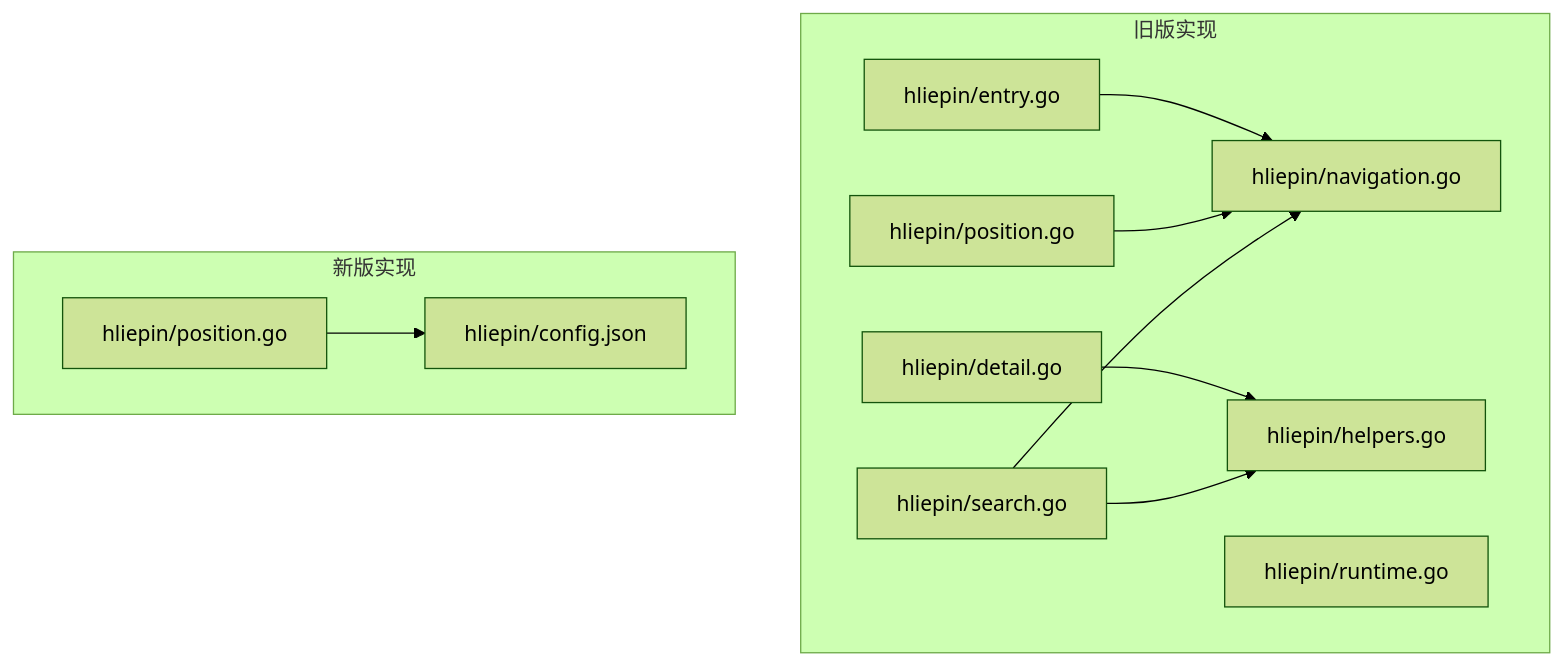
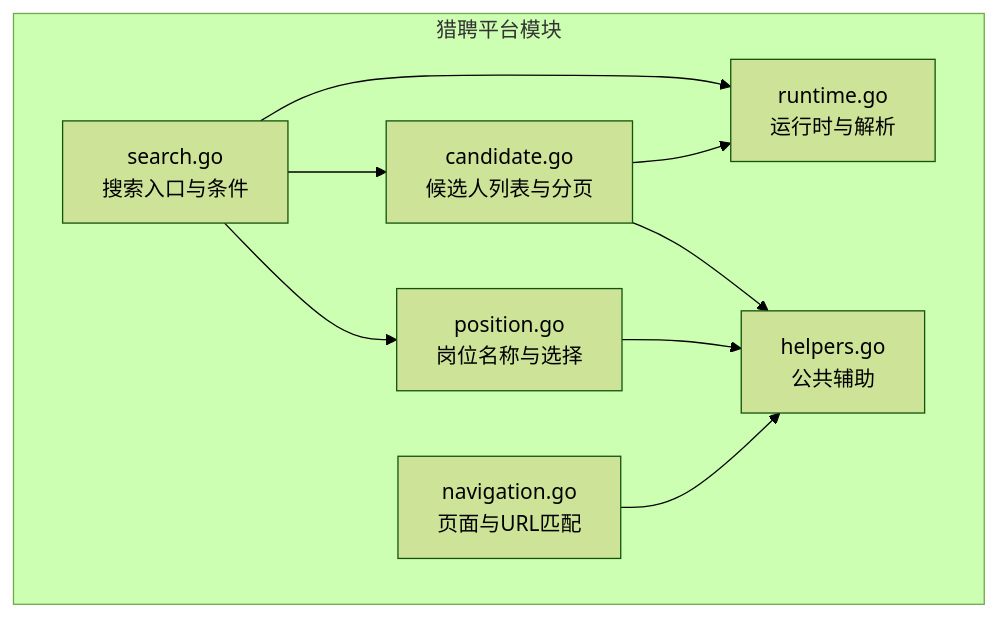
Before and after one commit to alvinwangzi/goodhr: the first of 6 diagrams in .qoder/repowiki/zh/content/本地执行器/平台适配器/猎聘适配器/搜索功能.md, drawn with Mermaid (forest theme). The commit also changed other lines of this file and 149 other files, not shown here.

````diff
--- a/.qoder/repowiki/zh/content/本地执行器/平台适配器/猎聘适配器/搜索功能.md
+++ b/.qoder/repowiki/zh/content/本地执行器/平台适配器/猎聘适配器/搜索功能.md
@@ -44,22 +44,18 @@
 ```mermaid
 graph TB
-subgraph "旧版实现"
-A["hliepin/search.go"]
-B["hliepin/position.go"]
-C["hliepin/detail.go"]
-D["hliepin/entry.go"]
-E["hliepin/navigation.go"]
-F["hliepin/helpers.go"]
-G["hliepin/runtime.go"]
+subgraph "猎聘平台模块"
+Search["search.go<br/>搜索入口与条件"]
+Candidate["candidate.go<br/>候选人列表与分页"]
+Position["position.go<br/>岗位名称与选择"]
+Runtime["runtime.go<br/>运行时与解析"]
+Navigation["navigation.go<br/>页面与URL匹配"]
+Helpers["helpers.go<br/>公共辅助"]
 end
-subgraph "新版实现"
-H["hliepin/config.json"]
-I["hliepin/position.go"]
-end
-A --> E
-A --> F
-B --> E
-C --> F
-D --> E
-I --> H
+Search --> Candidate
+Search --> Position
+Search --> Runtime
+Candidate --> Runtime
+Candidate --> Helpers
+Position --> Helpers
+Navigation --> Helpers
 ```
````
